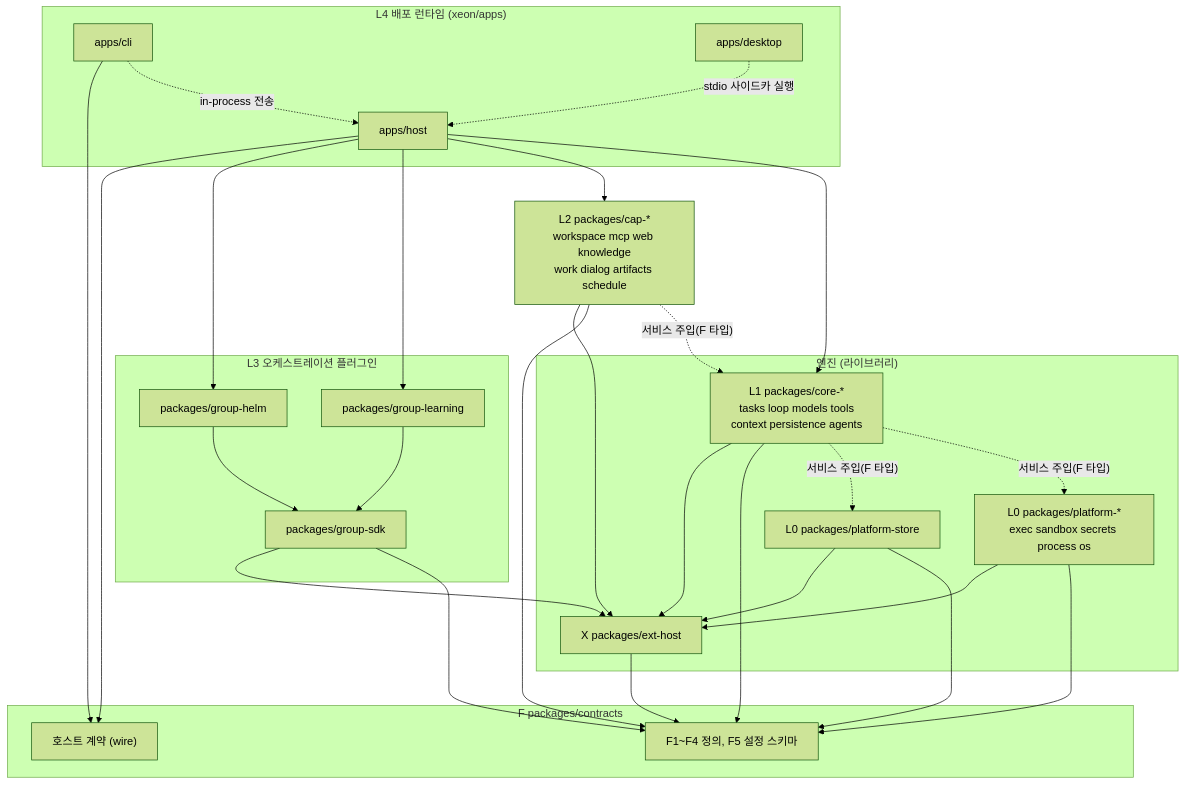
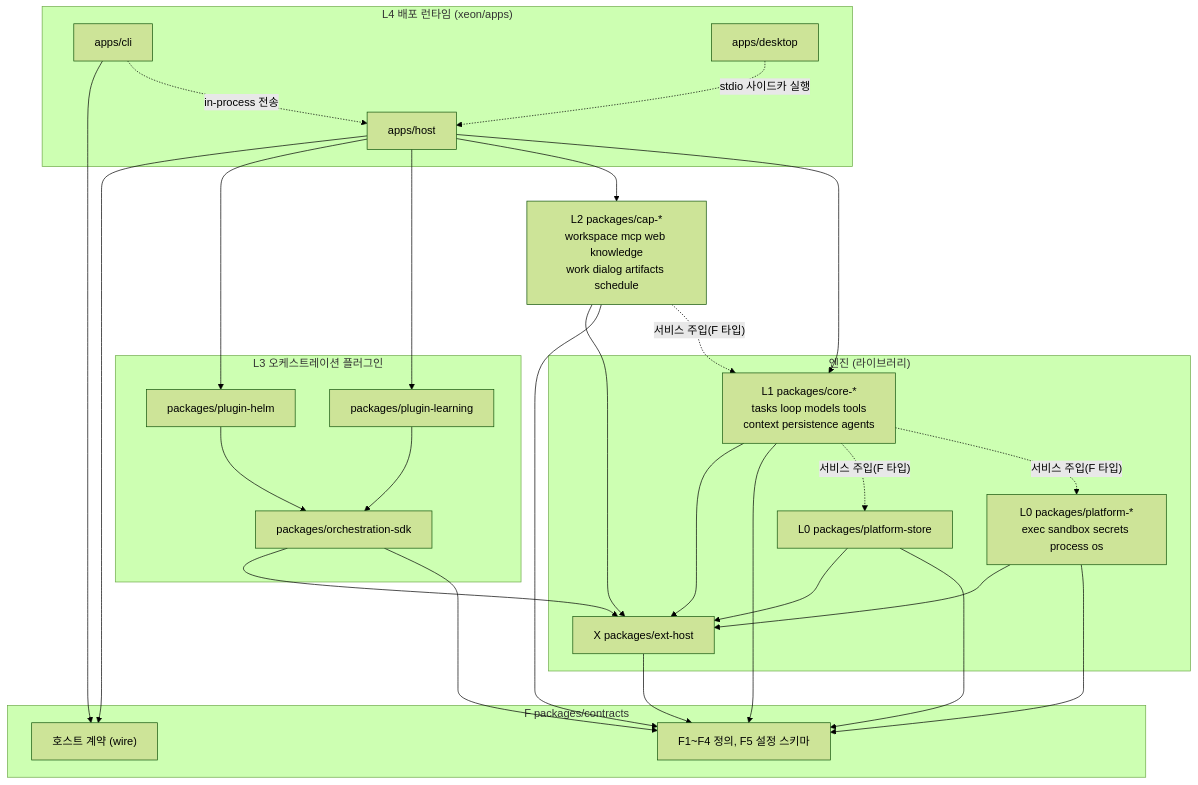
The diagram in docs/xeon/architecture/overview/spec.md (Rengod95/Helm-Agent_Docs_OS), drawn with Mermaid (forest theme) before and after one commit. The commit also changed other lines of this file and 538 other files, not shown here.

First line of the commit message:
fresnel(group): 패키지와 폴더 이름을 바꾼다: group-sdk → orchestration-sdk, group-<이름> → plugin-<이름>, 템플릿 @fresnel/plugin-__ID__ (AGE-33)

````diff
--- a/docs/xeon/architecture/overview/spec.md
+++ b/docs/xeon/architecture/overview/spec.md
@@ -100,49 +100,49 @@
 ```mermaid
 flowchart TB
   subgraph L4["L4 배포 런타임 (xeon/apps)"]
     cli["apps/cli"]
     desktop["apps/desktop"]
     host["apps/host"]
   end
   subgraph L3["L3 오케스트레이션 플러그인"]
-    ghelm["packages/group-helm"]
-    glearn["packages/group-learning"]
-    gkit["packages/group-sdk"]
+    ghelm["packages/plugin-helm"]
+    glearn["packages/plugin-learning"]
+    gkit["packages/orchestration-sdk"]
   end
   cap["L2 packages/cap-*<br/>workspace mcp web knowledge<br/>work dialog artifacts schedule"]
   subgraph ENGINE["엔진 (라이브러리)"]
     core["L1 packages/core-*<br/>tasks loop models tools<br/>context persistence agents"]
     store["L0 packages/platform-store"]
     plat["L0 packages/platform-*<br/>exec sandbox secrets process os"]
     exthost["X packages/ext-host"]
   end
   subgraph F["F packages/contracts"]
     hostc["호스트 계약 (wire)"]
     fdefs["F1~F4 정의, F5 설정 스키마"]
   end
 
   cli --> hostc
   cli -.->|"in-process 전송"| host
   desktop -.->|"stdio 사이드카 실행"| host
   host --> hostc
   host --> ghelm
   host --> glearn
   host --> cap
   host --> core
   ghelm --> gkit
   glearn --> gkit
   gkit --> exthost
   gkit --> fdefs
   cap --> exthost
   cap --> fdefs
   cap -.->|"서비스 주입(F 타입)"| core
   core --> exthost
   core --> fdefs
   core -.->|"서비스 주입(F 타입)"| store
   core -.->|"서비스 주입(F 타입)"| plat
   store --> exthost
   store --> fdefs
   plat --> exthost
   plat --> fdefs
   exthost --> fdefs
 ```
````
